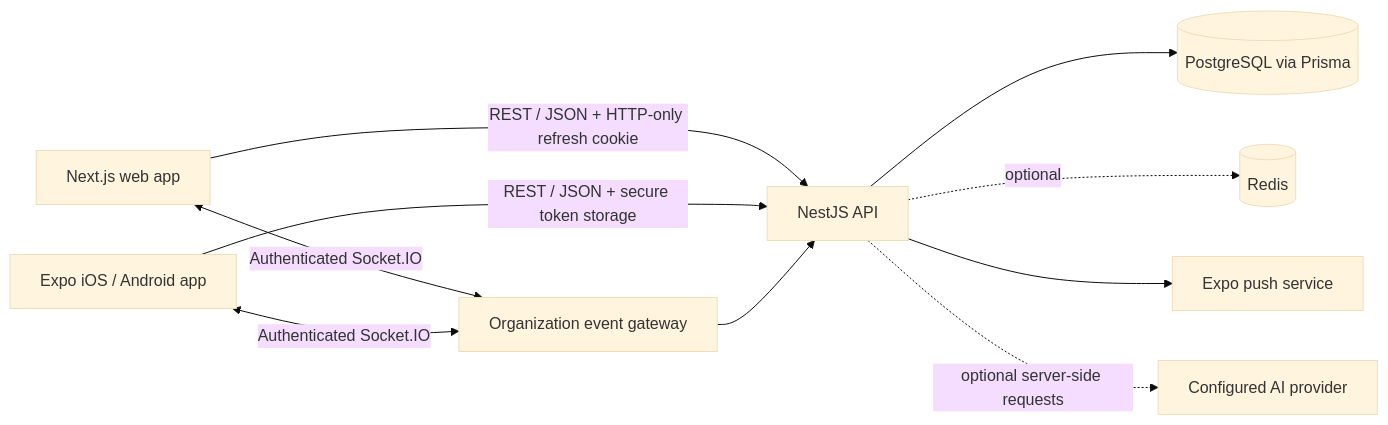
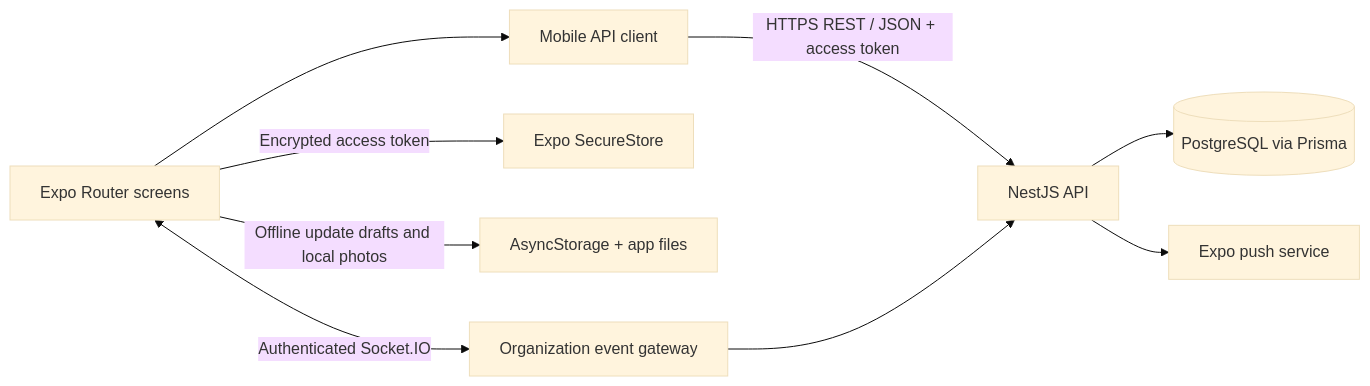
Before and after one commit to haroondhanyal/FLOWNEXA: the diagram in README.md, drawn with Mermaid (base theme). The commit also changed other lines of this file and 1 other file, not shown here.

Commit message:
Document FlowNexa mobile branch

````diff
--- a/README.md
+++ b/README.md
@@ -29,12 +25,11 @@
 ```mermaid
 flowchart LR
-  Browser[Next.js web app] -->|REST / JSON + HTTP-only refresh cookie| API[NestJS API]
-  Phone[Expo iOS / Android app] -->|REST / JSON + secure token storage| API
-  Browser <-->|Authenticated Socket.IO| Events[Organization event gateway]
-  Phone <-->|Authenticated Socket.IO| Events
+  Screens[Expo Router screens] --> Client[Mobile API client]
+  Client -->|HTTPS REST / JSON + access token| API[NestJS API]
+  Screens -->|Encrypted access token| SecureStore[Expo SecureStore]
+  Screens -->|Offline update drafts and local photos| Local[AsyncStorage + app files]
+  Screens <-->|Authenticated Socket.IO| Events[Organization event gateway]
   Events --> API
   API --> DB[(PostgreSQL via Prisma)]
-  API -. optional .-> Redis[(Redis)]
   API --> Push[Expo push service]
-  API -. optional server-side requests .-> AI[Configured AI provider]
 ```
````
